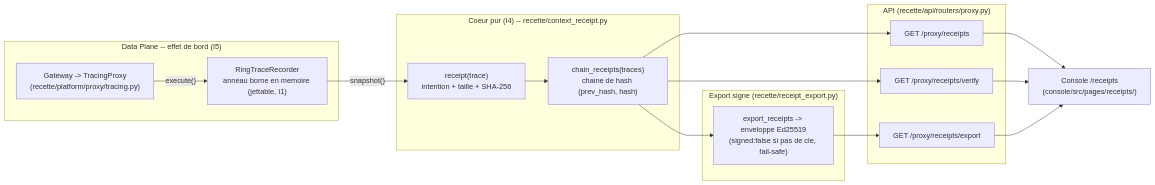
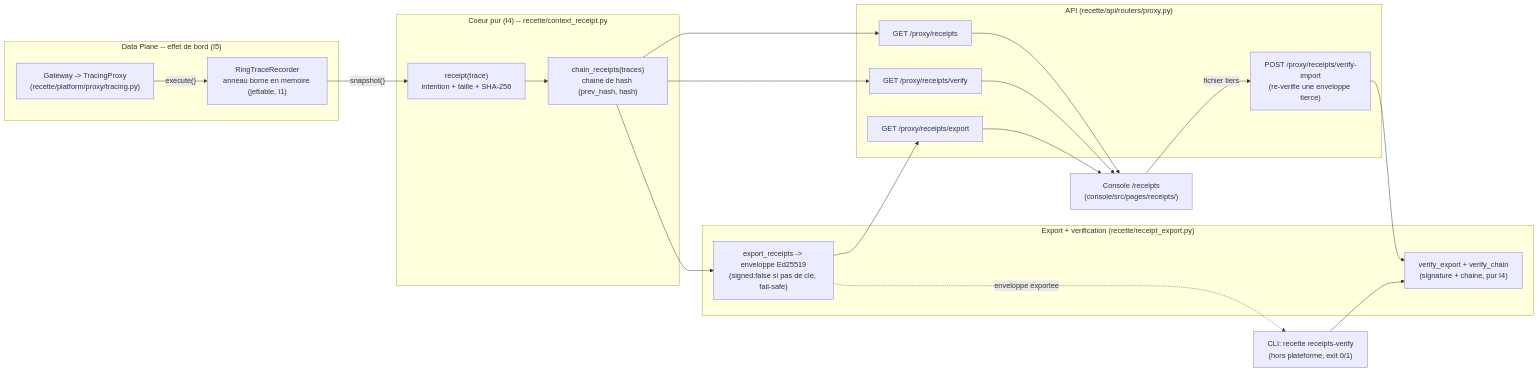
Before and after one commit to mo0ogly/recette_IA_agents: the diagram in docs/runbooks/context-receipts.md, drawn with Mermaid. The commit also changed other lines of this file and 1 other file, not shown here.

First line of the commit message:
docs(receipts): document off-platform attestation (API verify-import + CLI)

````diff
--- a/docs/runbooks/context-receipts.md
+++ b/docs/runbooks/context-receipts.md
@@ -34,25 +35,30 @@
 ```mermaid
 flowchart LR
   subgraph DATA["Data Plane -- effet de bord (I5)"]
     G["Gateway -> TracingProxy\n(recette/platform/proxy/tracing.py)"]
     R["RingTraceRecorder\nanneau borne en memoire (jettable, I1)"]
   end
   subgraph PURE["Coeur pur (I4) -- recette/context_receipt.py"]
     RC["receipt(trace)\nintention + taille + SHA-256"]
     CH["chain_receipts(traces)\nchaine de hash (prev_hash, hash)"]
   end
   subgraph API["API (recette/api/routers/proxy.py)"]
     E1["GET /proxy/receipts"]
     E2["GET /proxy/receipts/verify"]
     E3["GET /proxy/receipts/export"]
+    E4["POST /proxy/receipts/verify-import\n(re-verifie une enveloppe tierce)"]
   end
-  subgraph EXP["Export signe (recette/receipt_export.py)"]
+  subgraph EXP["Export + verification (recette/receipt_export.py)"]
     S["export_receipts -> enveloppe Ed25519\n(signed:false si pas de cle, fail-safe)"]
+    V["verify_export + verify_chain\n(signature + chaine, pur I4)"]
   end
   UI["Console /receipts\n(console/src/pages/receipts/)"]
+  CLI["CLI: recette receipts-verify\n(hors plateforme, exit 0/1)"]
   G -->|"execute()"| R
   R -->|"snapshot()"| RC --> CH
   CH --> E1 --> UI
   CH --> E2 --> UI
   CH --> S --> E3 --> UI
+  UI -->|"fichier tiers"| E4 --> V
+  S -.->|"enveloppe exportee"| CLI --> V
 ```
````
